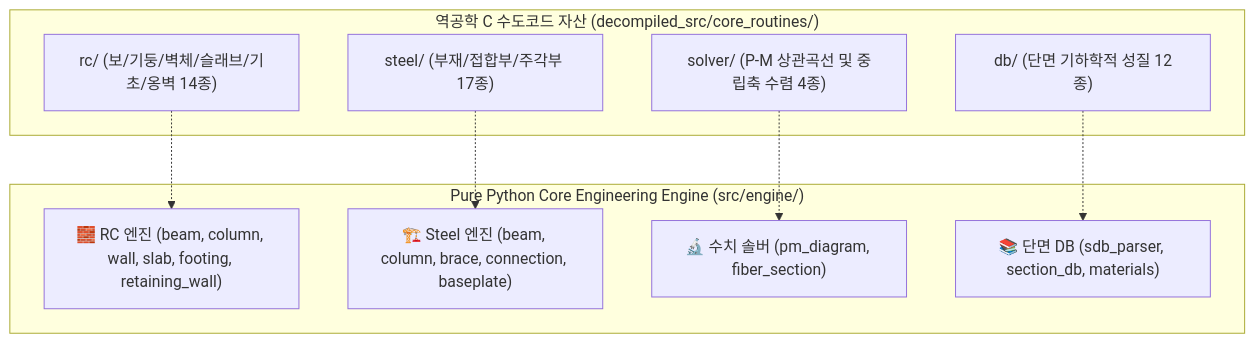
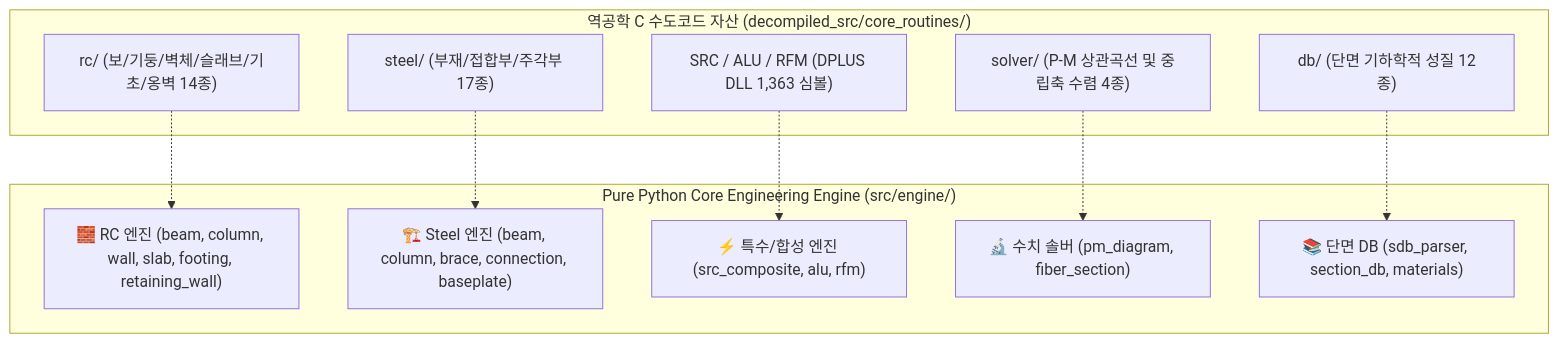
One commit to zlkiki/AltDP_3rd changed the second of 2 diagrams in README.md. Above: the diagram before and after it, drawn with Mermaid. The commit also changed other lines of this file and 15 other files, not shown here.

Commit message:
feat(req10): complete SRC composite, aluminium alloy, and retrofit strengthening design engines (KDS 14 31 30, 14 31 40, 14 20 90)

````diff
--- a/README.md
+++ b/README.md
@@ -39,21 +39,24 @@
 ```mermaid
 graph TD
     subgraph Core_Engine ["Pure Python Core Engineering Engine (src/engine/)"]
         E_RC["🧱 RC 엔진 (beam, column, wall, slab, footing, retaining_wall)"]
         E_STL["🏗️ Steel 엔진 (beam, column, brace, connection, baseplate)"]
+        E_ADV["⚡ 특수/합성 엔진 (src_composite, alu, rfm)"]
         E_SLV["🔬 수치 솔버 (pm_diagram, fiber_section)"]
         E_DB["📚 단면 DB (sdb_parser, section_db, materials)"]
     end
 
     subgraph Ground_Truth ["역공학 C 수도코드 자산 (decompiled_src/core_routines/)"]
         GT_RC["rc/ (보/기둥/벽체/슬래브/기초/옹벽 14종)"]
         GT_STL["steel/ (부재/접합부/주각부 17종)"]
+        GT_ADV["SRC / ALU / RFM (DPLUS DLL 1,363 심볼)"]
         GT_SLV["solver/ (P-M 상관곡선 및 중립축 수렴 4종)"]
         GT_DB["db/ (단면 기하학적 성질 12종)"]
     end
 
     GT_RC -.-> E_RC
     GT_STL -.-> E_STL
+    GT_ADV -.-> E_ADV
     GT_SLV -.-> E_SLV
     GT_DB -.-> E_DB
 ```
````
